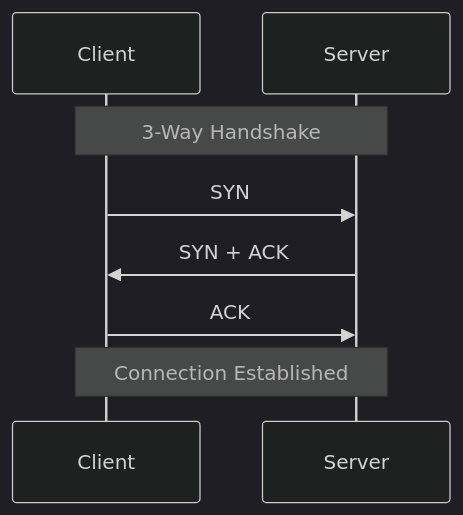
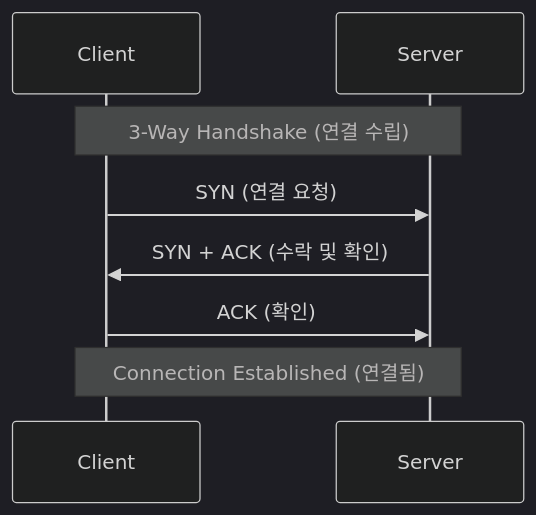
The diagram in Week11/README.md (pargame/Cpp_Study), drawn with Mermaid (dark theme) before and after one commit. The commit also changed other lines of this file and 34 other files, not shown here.

````diff
--- a/Week11/README.md
+++ b/Week11/README.md
@@ -48,10 +55,10 @@
 ```mermaid
 sequenceDiagram
     participant Client
     participant Server
-    Note over Client, Server: 3-Way Handshake
-    Client->>Server: SYN
-    Server->>Client: SYN + ACK
-    Client->>Server: ACK
-    Note over Client, Server: Connection Established
+    Note over Client, Server: 3-Way Handshake (연결 수립)
+    Client->>Server: SYN (연결 요청)
+    Server->>Client: SYN + ACK (수락 및 확인)
+    Client->>Server: ACK (확인)
+    Note over Client, Server: Connection Established (연결됨)
 ```
````
